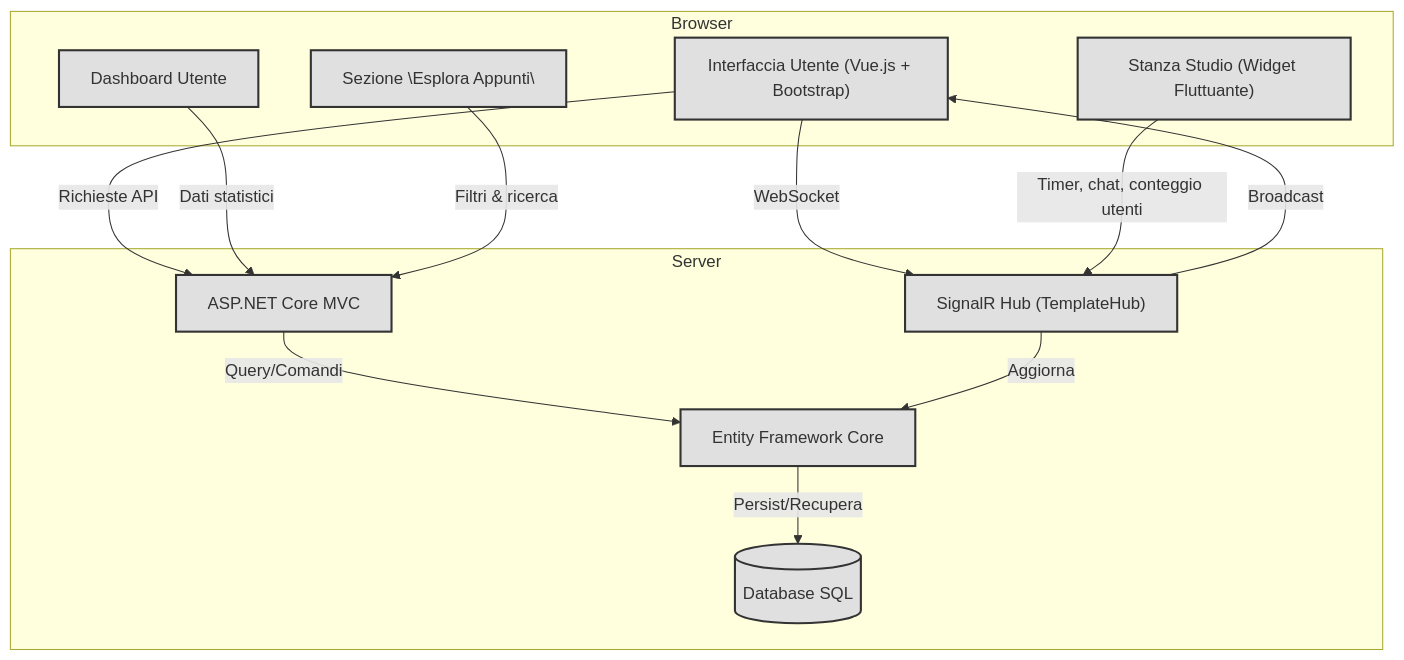
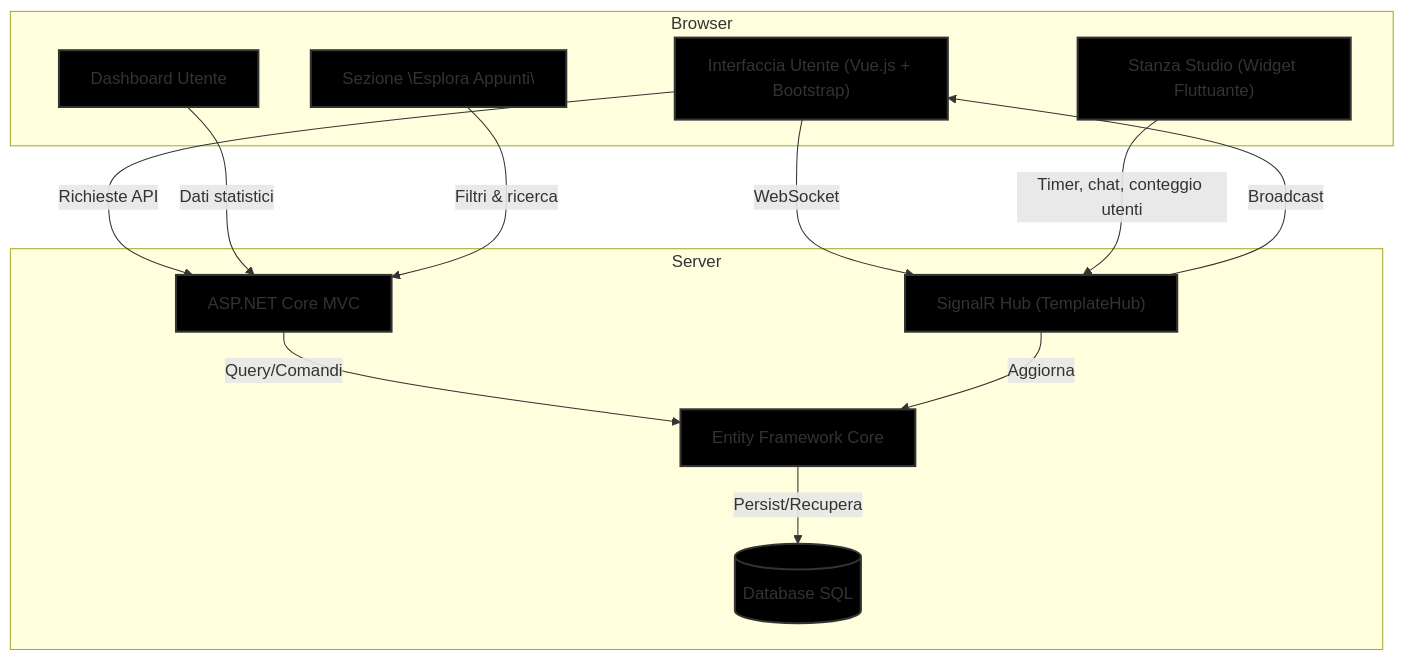
Before and after one commit to matteoaloe2004/SyncStudio_Laboratorio_Uomo_Macchina_2025-26: the diagram in README.md, drawn with Mermaid.

````diff
--- a/README.md
+++ b/README.md
@@ -37,30 +37,30 @@
 ```mermaid
 flowchart TD
     subgraph Browser
         UI["Interfaccia Utente (Vue.js + Bootstrap)"]
         Dashboard["Dashboard Utente"]
         Explore["Sezione \"Esplora Appunti\""]
         Room["Stanza Studio (Widget Fluttuante)"]
     end
     subgraph Server
         MVC["ASP.NET Core MVC"]
         Hub["SignalR Hub (TemplateHub)"]
         EF["Entity Framework Core"]
         DB[("Database SQL")]
     end
     
     UI -->|"Richieste API"| MVC
     MVC -->|"Query/Comandi"| EF
     EF -->|"Persist/Recupera"| DB
     
     UI -->|"WebSocket"| Hub
     Hub -->|"Broadcast"| UI
     Hub -->|"Aggiorna"| EF
     
     Dashboard -->|"Dati statistici"| MVC
     Explore -->|"Filtri & ricerca"| MVC
     Room -->|"Timer, chat, conteggio utenti"| Hub
     
-    classDef external fill:#e0e0e0,stroke:#333,stroke-width:2px;
+    classDef external fill:#000000,stroke:#333,stroke-width:2px;
     class UI,Dashboard,Explore,Room,MVC,Hub,EF,DB external;
 ```
````
